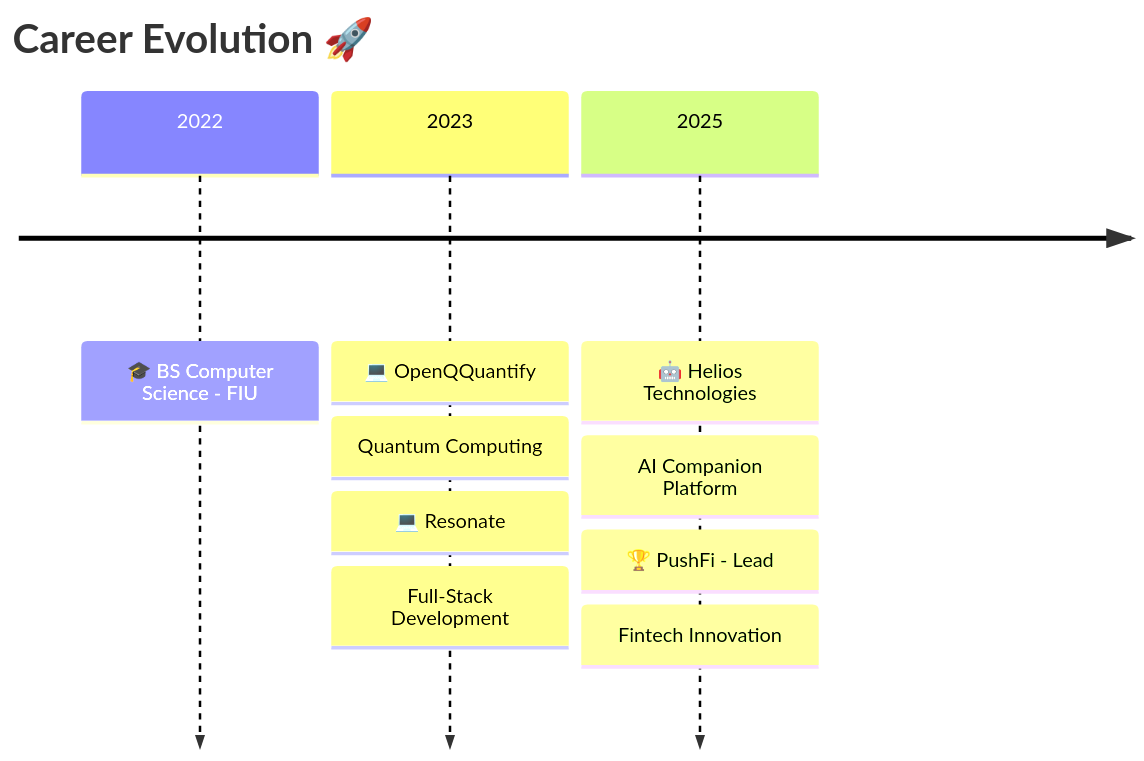
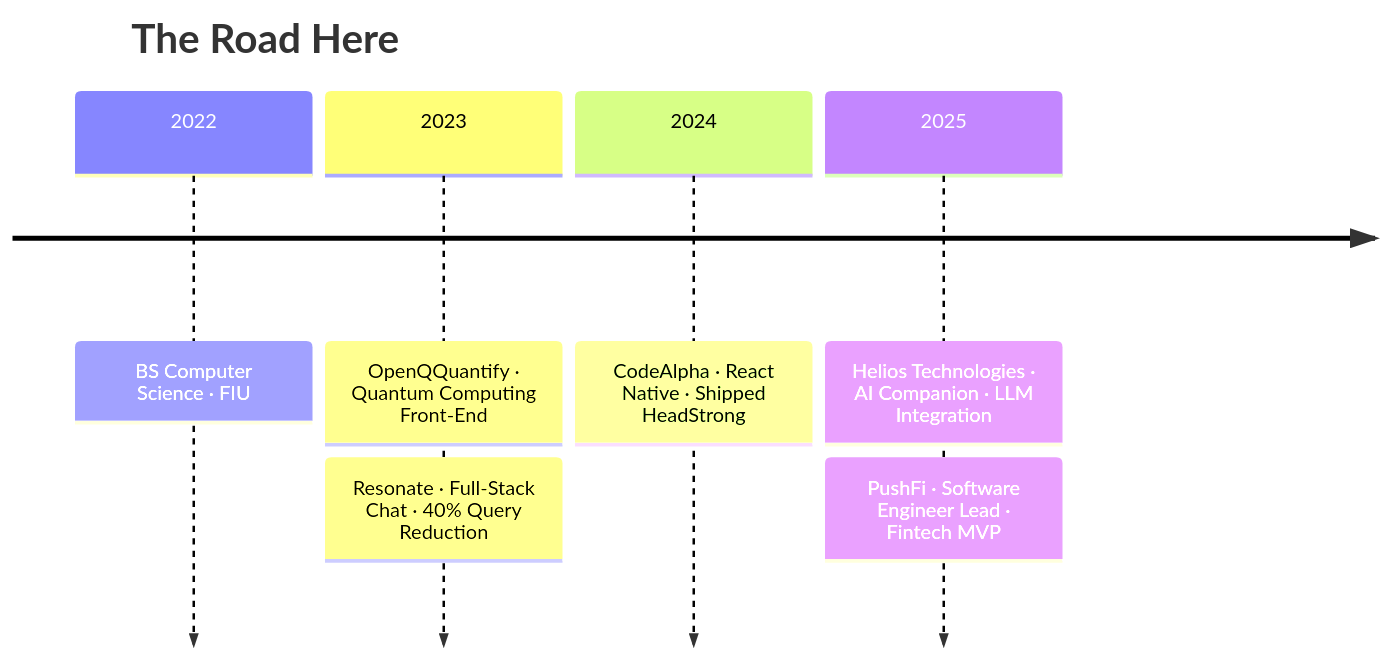
Before and after one commit to EJacoby515/EJacoby515: the diagram in README.md, drawn with Mermaid. The commit also changed other lines of this file, not shown here.

````diff
--- a/README.md
+++ b/README.md
@@ -123,16 +186,10 @@
 ```mermaid
 timeline
-    title Career Evolution 🚀
-    
-    2022 : 🎓 BS Computer Science - FIU
-    
-    2023 : 💻 OpenQQuantify
-         : Quantum Computing
-         : 💻 Resonate
-         : Full-Stack Development
-    
-    2025 : 🤖 Helios Technologies
-         : AI Companion Platform
-         : 🏆 PushFi - Lead
-         : Fintech Innovation
+    title The Road Here
+    2022 : BS Computer Science · FIU
+    2023 : OpenQQuantify · Quantum Computing Front-End
+         : Resonate · Full-Stack Chat · 40% Query Reduction
+    2024 : CodeAlpha · React Native · Shipped HeadStrong
+    2025 : Helios Technologies · AI Companion · LLM Integration
+         : PushFi · Software Engineer Lead · Fintech MVP
 ```
````
